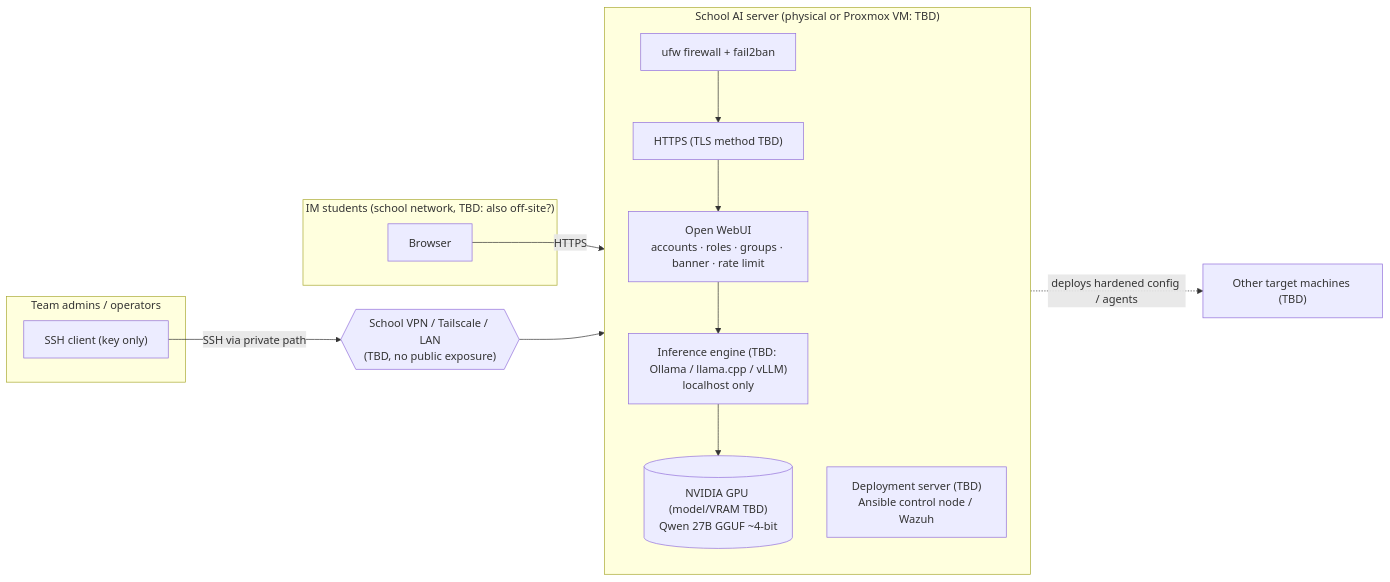
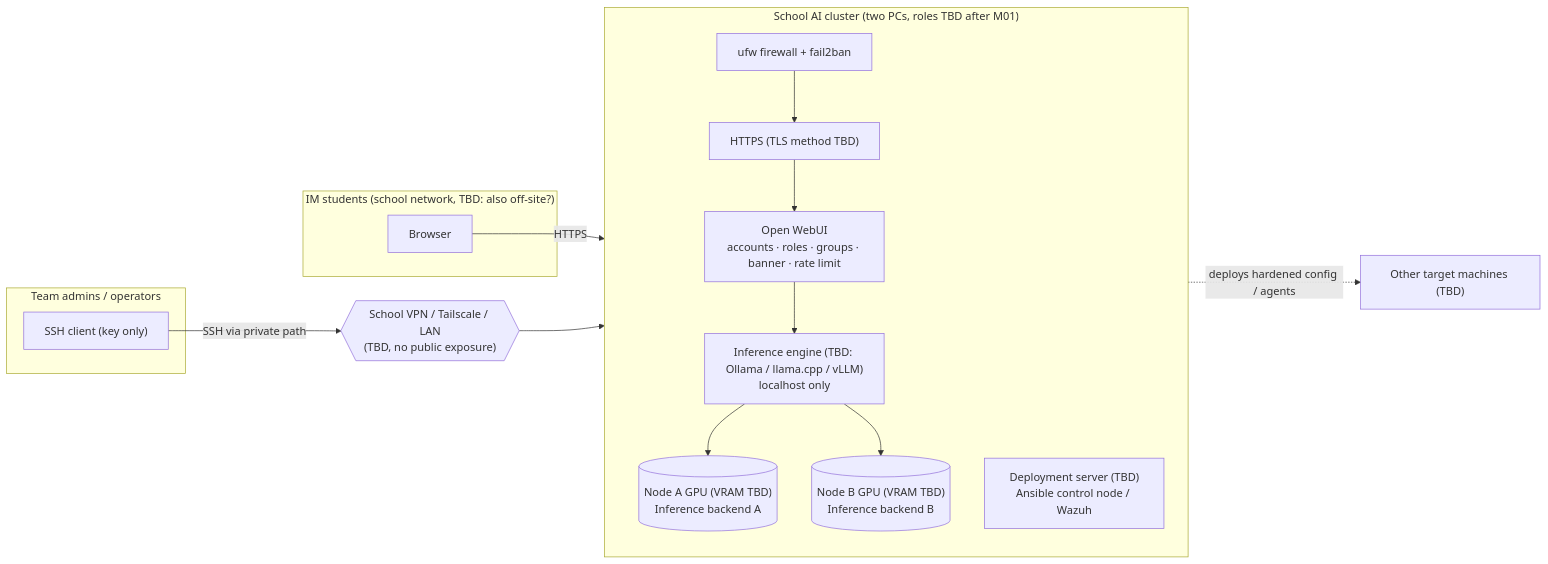
The diagram in README.md (ganya002/school-ai-server), drawn with Mermaid before and after one commit. The commit also changed other lines of this file and 11 other files, not shown here.

First line of the commit message:
Make the model plan TBD and describe the two-node cluster

````diff
--- a/README.md
+++ b/README.md
@@ -45,26 +48,29 @@
 ```mermaid
 flowchart LR
     subgraph Students["IM students (school network, TBD: also off-site?)"]
         B["Browser"]
     end
     subgraph Admins["Team admins / operators"]
         A["SSH client (key only)"]
     end
 
-    subgraph Server["School AI server (physical or Proxmox VM: TBD)"]
+    subgraph Server["School AI cluster (two PCs, roles TBD after M01)"]
         direction TB
         FW["ufw firewall + fail2ban"]
         PROXY["HTTPS (TLS method TBD)"]
         UI["Open WebUI<br/>accounts · roles · groups · banner · rate limit"]
         ENG["Inference engine (TBD: Ollama / llama.cpp / vLLM)<br/>localhost only"]
-        GPU[("NVIDIA GPU (model/VRAM TBD)<br/>Qwen 27B GGUF ~4-bit")]
+        GPUA[("Node A GPU (VRAM TBD)<br/>Inference backend A")]
+        GPUB[("Node B GPU (VRAM TBD)<br/>Inference backend B")]
         ANS["Deployment server (TBD)<br/>Ansible control node / Wazuh"]
-        FW --> PROXY --> UI --> ENG --> GPU
+        FW --> PROXY --> UI --> ENG
+        ENG --> GPUA
+        ENG --> GPUB
     end
 
     VPN{{"School VPN / Tailscale / LAN<br/>(TBD, no public exposure)"}}
 
     B -- "HTTPS" --> FW
     A -- "SSH via private path" --> VPN --> FW
     ANS -. "deploys hardened config / agents" .-> T["Other target machines (TBD)"]
 ```
````
